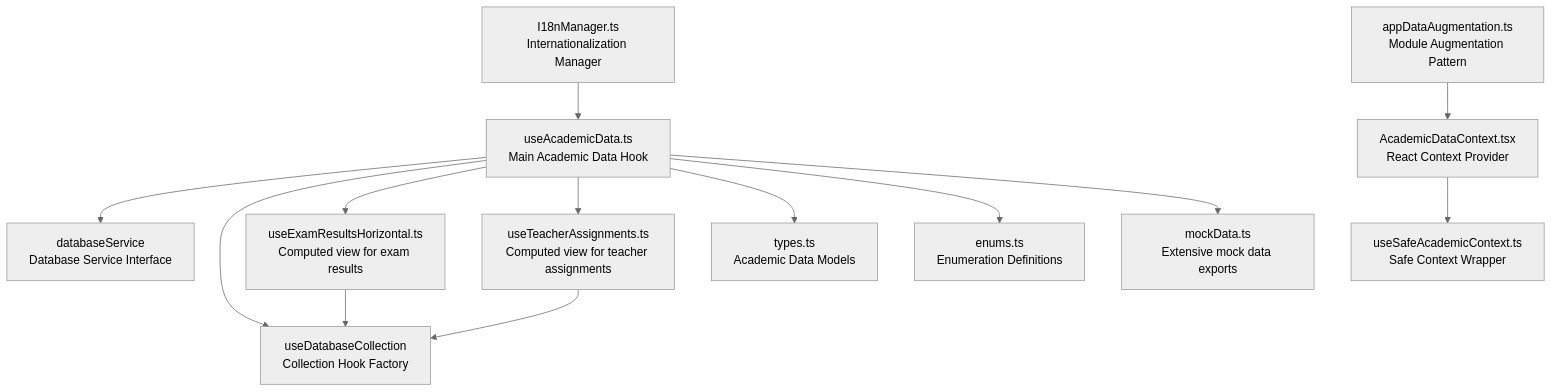
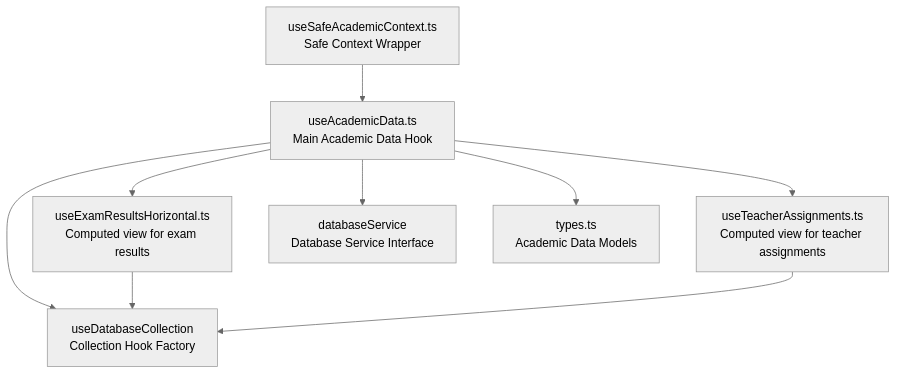
Before and after one commit to geniusdynamics/schoolpilot: the seventh of 9 diagrams in .qoder/repowiki/en/content/Modules System/Academics Module.md, drawn with Mermaid (neutral theme). The commit also changed other lines of this file and 311 other files, not shown here.

````diff
--- a/.qoder/repowiki/en/content/Modules System/Academics Module.md
+++ b/.qoder/repowiki/en/content/Modules System/Academics Module.md
@@ -549,27 +370,18 @@
 ```mermaid
 graph TB
 DATA["useAcademicData.ts<br/>Main Academic Data Hook"]
-AAUG["appDataAugmentation.ts<br/>Module Augmentation Pattern"]
-CONTEXT["AcademicDataContext.tsx<br/>React Context Provider"]
 CVH["useExamResultsHorizontal.ts<br/>Computed view for exam results"]
 CTA["useTeacherAssignments.ts<br/>Computed view for teacher assignments"]
 DB["databaseService<br/>Database Service Interface"]
 COL["useDatabaseCollection<br/>Collection Hook Factory"]
 TYPES["types.ts<br/>Academic Data Models"]
-ENUMS["enums.ts<br/>Enumeration Definitions"]
 SAFE["useSafeAcademicContext.ts<br/>Safe Context Wrapper"]
-I18N["I18nManager.ts<br/>Internationalization Manager"]
-MOCK["mockData.ts<br/>Extensive mock data exports"]
 DATA --> DB
 DATA --> COL
 DATA --> CVH
 DATA --> CTA
 DATA --> TYPES
-DATA --> ENUMS
-DATA --> MOCK
-AAUG --> CONTEXT
-CONTEXT --> SAFE
+SAFE --> DATA
 CVH --> COL
 CTA --> COL
-I18N --> DATA
 ```
````
